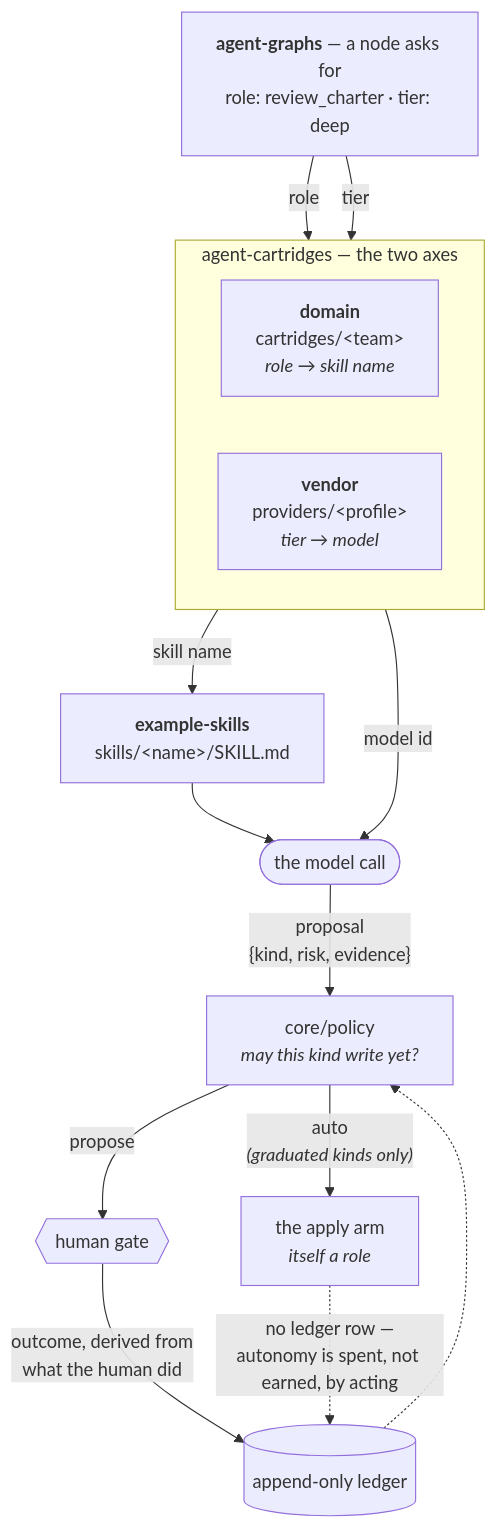
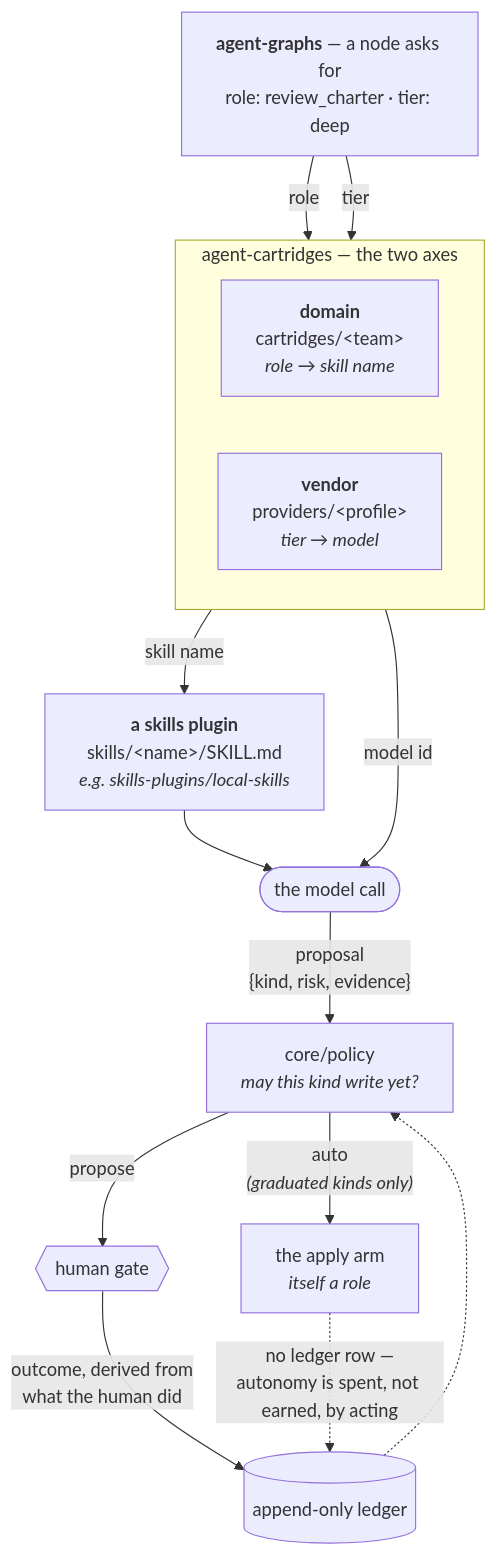
One commit to ppfenning/coxswain changed the first of 2 diagrams in src/cartridges/README.md. Above: the diagram before and after it, drawn with Mermaid. The commit also changed other lines of this file, not shown here.

First line of the commit message:
docs: name the harness, point the demo at the skills that ship here

````diff
--- a/src/cartridges/README.md
+++ b/src/cartridges/README.md
@@ -38,28 +44,28 @@
 ```mermaid
 flowchart TB
     NODE["<b>agent-graphs</b> — a node asks for<br/>role: review_charter · tier: deep"]
 
     subgraph CART["agent-cartridges — the two axes"]
         direction LR
         DOMAIN["<b>domain</b><br/>cartridges/&lt;team&gt;<br/><i>role → skill name</i>"]
         VENDOR["<b>vendor</b><br/>providers/&lt;profile&gt;<br/><i>tier → model</i>"]
     end
 
-    BODY["<b>example-skills</b><br/>skills/&lt;name&gt;/SKILL.md"]
+    BODY["<b>a skills plugin</b><br/>skills/&lt;name&gt;/SKILL.md<br/><i>e.g. skills-plugins/local-skills</i>"]
     RUN(["the model call"])
     POLICY["core/policy<br/><i>may this kind write yet?</i>"]
     GATE{{"human gate"}}
     LEDGER[("append-only ledger")]
 
     NODE -- role --> DOMAIN
     NODE -- tier --> VENDOR
     DOMAIN -- "skill name" --> BODY
     VENDOR -- "model id" --> RUN
     BODY --> RUN
     RUN -- "proposal<br/>{kind, risk, evidence}" --> POLICY
     POLICY -- "propose" --> GATE
     POLICY -- "auto<br/><i>(graduated kinds only)</i>" --> ARM["the apply arm<br/><i>itself a role</i>"]
     GATE -- "outcome, derived from<br/>what the human did" --> LEDGER
     ARM -. "no ledger row —<br/>autonomy is spent, not earned, by acting" .-> LEDGER
     LEDGER -.-> POLICY
 ```
````
